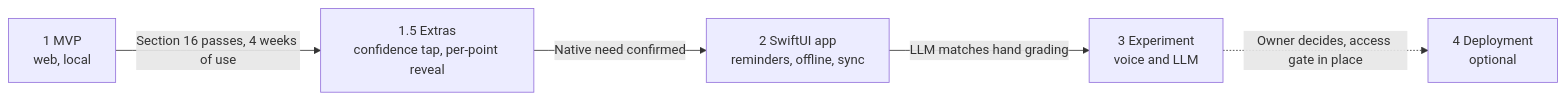
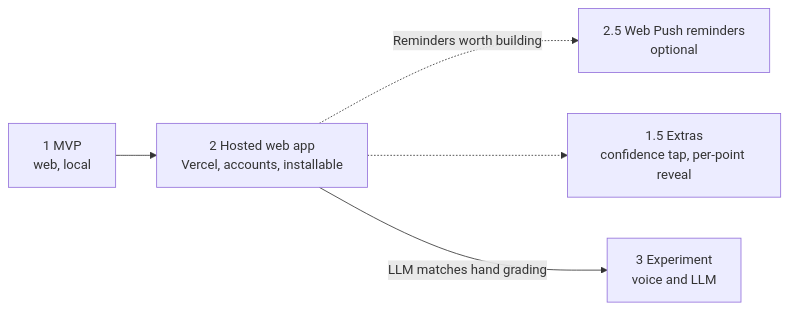
The third of 3 diagrams in docs/PRD.md (davinaizer/flipside), drawn with Mermaid before and after one commit. The commit also changed other lines of this file and 5 other files, not shown here.

First line of the commit message:
docs(v0.6): plan hosting on Vercel with email accounts and an installable web app

````diff
--- a/docs/PRD.md
+++ b/docs/PRD.md
@@ -794,7 +882,7 @@
 ```mermaid
 flowchart LR
-  P1["1 MVP<br/>web, local"] -->|"Section 16 passes, 4 weeks of use"| P15["1.5 Extras<br/>confidence tap, per-point reveal"]
-  P15 -->|"Native need confirmed"| P2["2 SwiftUI app<br/>reminders, offline, sync"]
+  P1["1 MVP<br/>web, local"] --> P2["2 Hosted web app<br/>Vercel, accounts, installable"]
+  P2 -.->|"Reminders worth building"| P25["2.5 Web Push reminders<br/>optional"]
+  P2 -.-> P15["1.5 Extras<br/>confidence tap, per-point reveal"]
   P2 -->|"LLM matches hand grading"| P3["3 Experiment<br/>voice and LLM"]
-  P3 -.->|"Owner decides, access gate in place"| P4["4 Deployment<br/>optional"]
 ```
````
